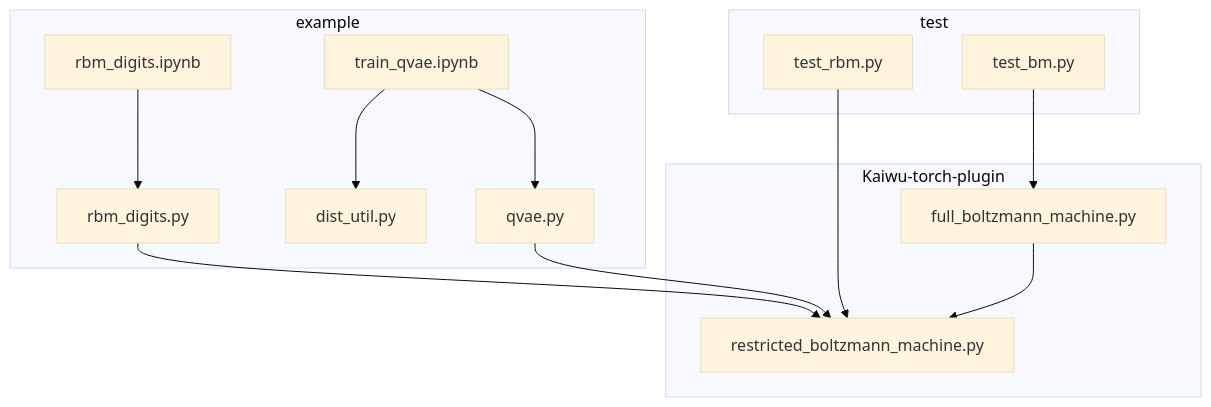
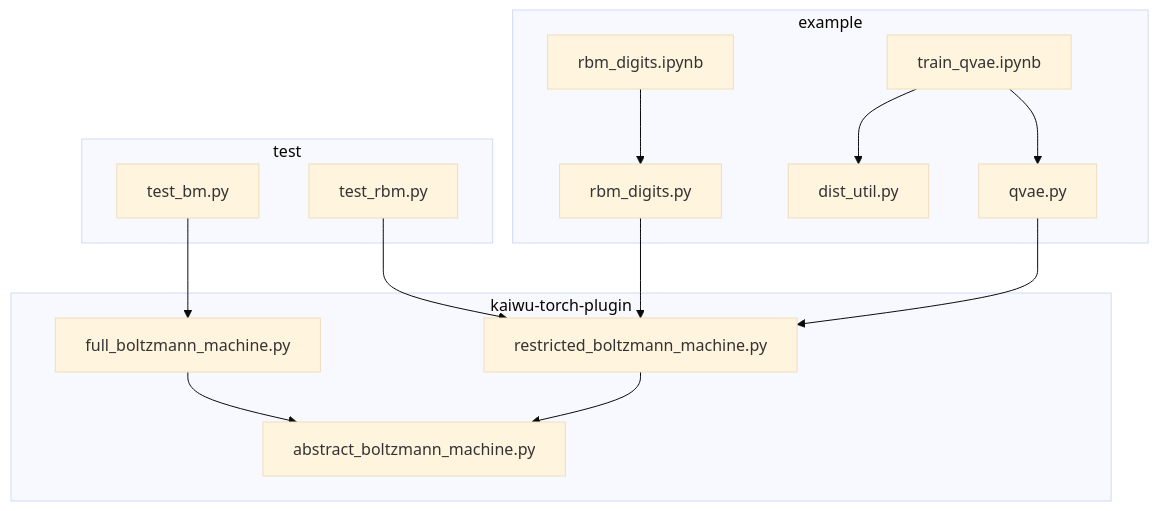
Before and after one commit to qboson/kaiwu-pytorch-plugin: the diagram in README.md, drawn with Mermaid (base theme). The commit also changed other lines of this file and 3 other files, not shown here.

````diff
--- a/README.md
+++ b/README.md
@@ -13,17 +13,18 @@
 ```mermaid
 graph TD
-    subgraph Kaiwu-torch-plugin
-        bm[full_boltzmann_machine.py] --> rbm[restricted_boltzmann_machine.py]
+    subgraph kaiwu-torch-plugin
+        bm[full_boltzmann_machine.py] -->abm[abstract_boltzmann_machine.py]
+        rbm[restricted_boltzmann_machine.py] -->abm
     end
     subgraph example
         rbm_example_d1[rbm_digits.py] --> rbm
         rbm_example_d2[rbm_digits.ipynb] --> rbm_example_d1
         rbm_example_v1[qvae.py] --> rbm
         rbm_example_v2 --> rbm_example_v3[dist_util.py] 
         rbm_example_v2[train_qvae.ipynb] --> rbm_example_v1
     end
     subgraph test
+        test_bm[test_bm.py] --> bm
         test_rbm[test_rbm.py] --> rbm
-        test_bm[test_bm.py] --> bm
     end
 ```
````
